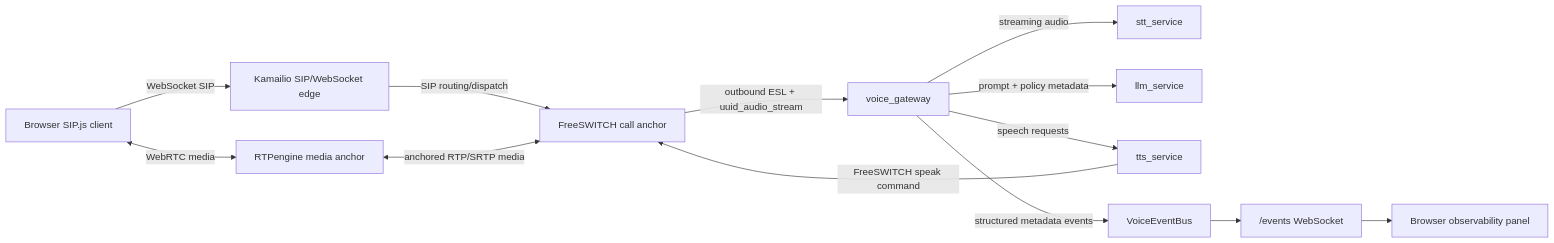
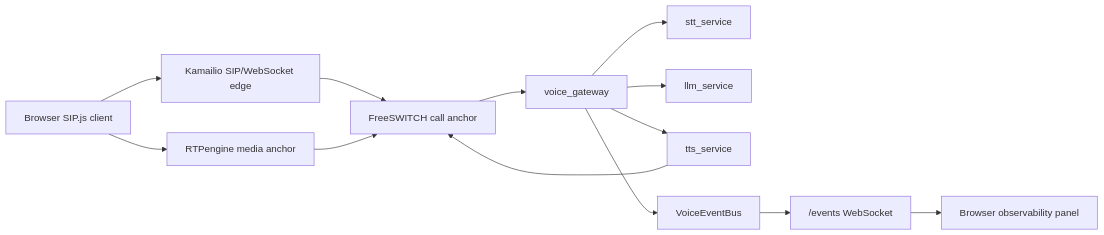
Before and after one commit to telephone-man/ai-agent-experiment: the diagram in docs/architecture.md, drawn with Mermaid. The commit also changed 1 other file, not shown here.

Commit message:
Fix Mermaid diagrams for GitHub

````diff
--- a/docs/architecture.md
+++ b/docs/architecture.md
@@ -10,27 +10,15 @@
 ```mermaid
-flowchart LR
-    browser["Browser SIP.js client"]
-    kamailio["Kamailio SIP/WebSocket edge"]
-    rtpengine["RTPengine media anchor"]
-    freeswitch["FreeSWITCH call anchor"]
-    gateway["voice_gateway"]
-    stt["stt_service"]
-    llm["llm_service"]
-    tts["tts_service"]
-    bus["VoiceEventBus"]
-    events["/events WebSocket"]
-    panel["Browser observability panel"]
-
-    browser -->|"WebSocket SIP"| kamailio
-    browser <-->|"WebRTC media"| rtpengine
-    kamailio -->|"SIP routing/dispatch"| freeswitch
-    rtpengine <-->|"anchored RTP/SRTP media"| freeswitch
-    freeswitch -->|"outbound ESL + uuid_audio_stream"| gateway
-    gateway -->|"streaming audio"| stt
-    gateway -->|"prompt + policy metadata"| llm
-    gateway -->|"speech requests"| tts
-    tts -->|"FreeSWITCH speak command"| freeswitch
-    gateway -->|"structured metadata events"| bus
-    bus --> events
-    events --> panel
+graph LR;
+    A["Browser SIP.js client"] --> B["Kamailio SIP/WebSocket edge"];
+    B --> C["FreeSWITCH call anchor"];
+    A --> D["RTPengine media anchor"];
+    D --> C;
+    C --> E["voice_gateway"];
+    E --> F["stt_service"];
+    E --> G["llm_service"];
+    E --> H["tts_service"];
+    H --> C;
+    E --> I["VoiceEventBus"];
+    I --> J["/events WebSocket"];
+    J --> K["Browser observability panel"];
 ```
````
